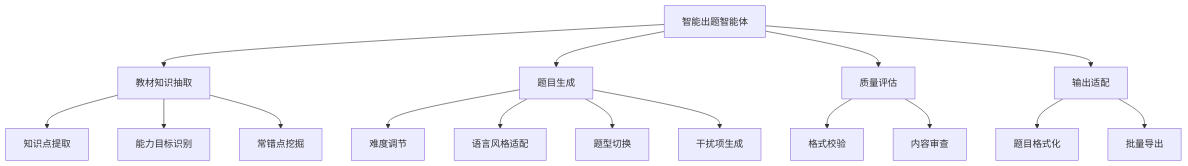
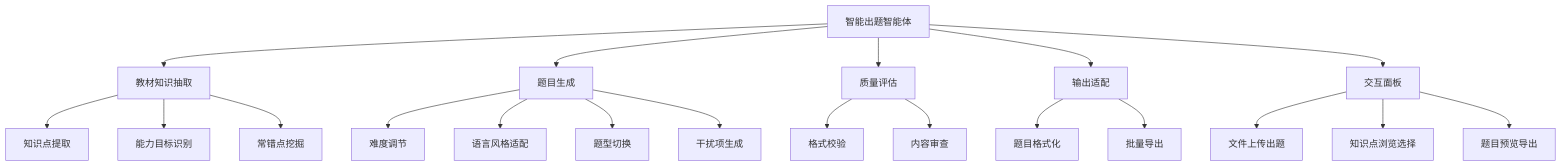
Before and after one commit to im-zhong/question-agent: the second of 2 diagrams in docs/superpowers/specs/2026-04-29-ai-question-agent.md, drawn with Mermaid. The commit also changed other lines of this file and 13 other files, not shown here.

````diff
--- a/docs/superpowers/specs/2026-04-29-ai-question-agent.md
+++ b/docs/superpowers/specs/2026-04-29-ai-question-agent.md
@@ -63,19 +98,23 @@
 ```mermaid
 graph TB
     Root[智能出题智能体]
     Root --> KE[教材知识抽取]
     Root --> QG[题目生成]
     Root --> QC[质量评估]
     Root --> OF[输出适配]
+    Root --> UI[交互面板]
     KE --> EP[知识点提取]
     KE --> BI[能力目标识别]
     KE --> CE[常错点挖掘]
     QG --> CD[难度调节]
     QG --> LS[语言风格适配]
     QG --> QT[题型切换]
     QG --> DL[干扰项生成]
     QC --> VR[格式校验]
     QC --> CO[内容审查]
     OF --> RF[题目格式化]
     OF --> EX[批量导出]
+    UI --> FU[文件上传出题]
+    UI --> KP[知识点浏览选择]
+    UI --> QP[题目预览导出]
 ```
````
